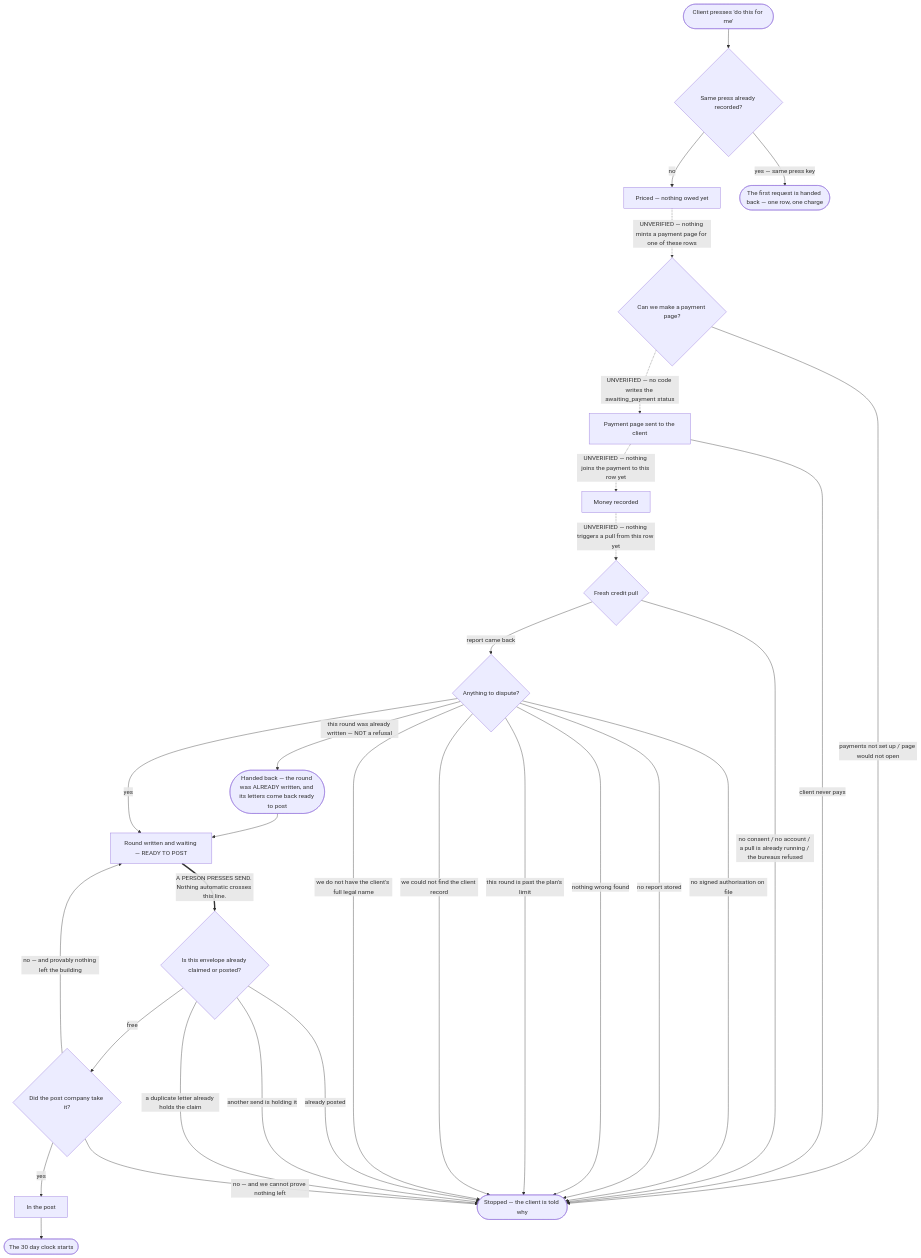
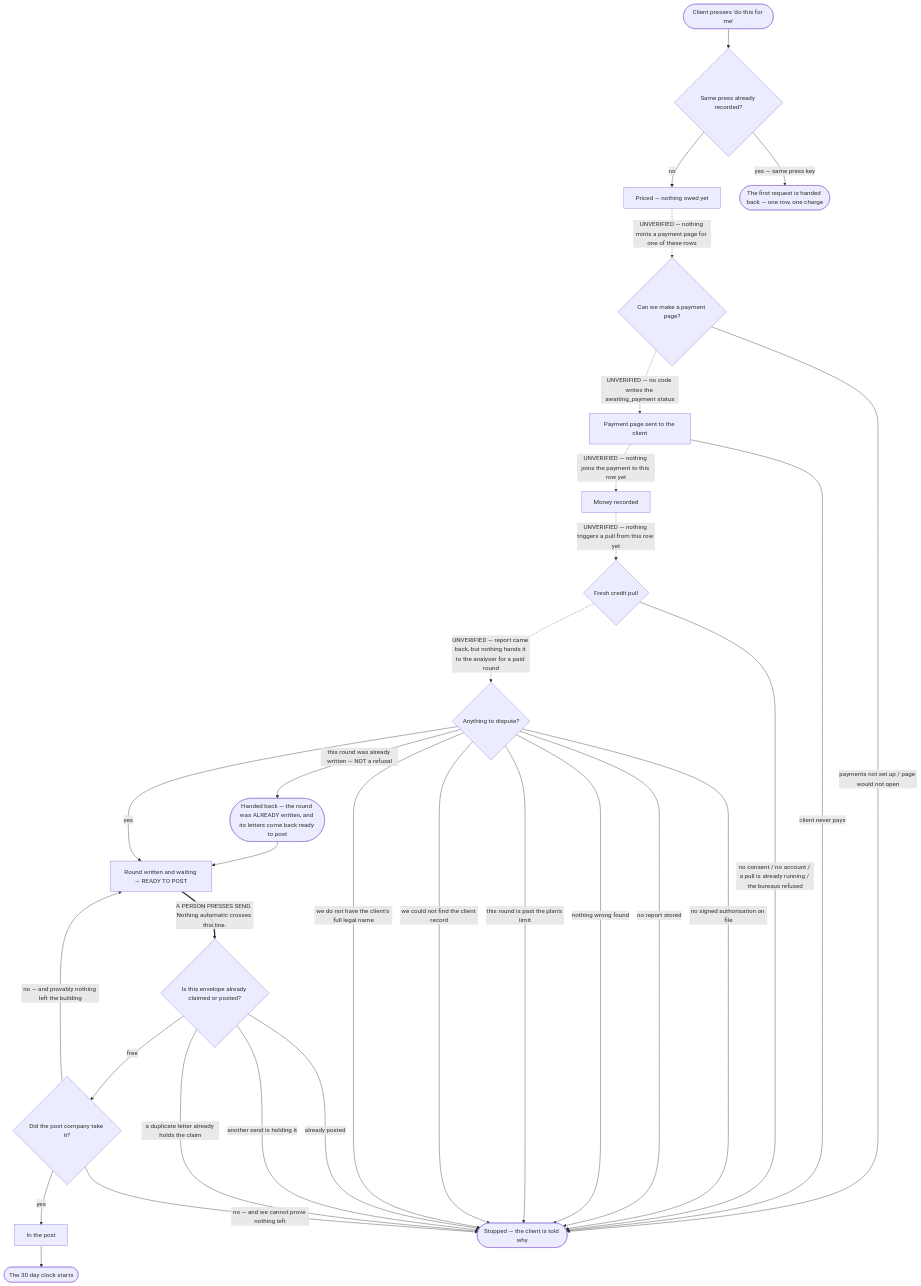
The second of 3 diagrams in docs/journeys/self-serve-round-flow.md (ZootimusMaximusSupreme/Fundhub_ai), drawn with Mermaid before and after one commit. The commit also changed 1 other file, not shown here.

Commit message:
Make both pages' dashed-arrow conventions match what is drawn
Two internal inconsistencies a reader would have hit:

client-progress-flow.md said "dashed arrows are the ones nothing fires", but
one dashed arrow — "we cannot tell" into intake — is a note about an answer
that must never become a stage, not a transition nothing fires. The convention
now says so and names the count of real UNVERIFIED arrows as five.

self-serve-round-flow.md drew four dashed steps while section 7 listed five.
The fifth, fresh pull -> the analyser, was drawn solid even though the page
already said nothing hands a paid round's pull to the analyser
(src/workflows/c-00-crs-soft-pull-request.mjs:125-134 returns its result and
nothing reads it). It is now dashed. Five dashed edges, five table rows.

lint clean, journeys:check up to date, 7 mermaid blocks structurally clean.

````diff
--- a/docs/journeys/self-serve-round-flow.md
+++ b/docs/journeys/self-serve-round-flow.md
@@ -49,53 +49,53 @@
 ```mermaid
 flowchart TD
     PRESS(["Client presses 'do this for me'"])
 
     DUP{"Same press already recorded?"}
     QUOTED["Priced — nothing owed yet"]
     LINK{"Can we make a payment page?"}
     AWAIT["Payment page sent to the client"]
     PAID["Money recorded"]
     PULL{"Fresh credit pull"}
     ANALYSE{"Anything to dispute?"}
     STAGED["Round written and waiting — READY TO POST"]
     CLAIM{"Is this envelope already claimed or posted?"}
     MAIL{"Did the post company take it?"}
     POSTED["In the post"]
     CLOCK(["The 30 day clock starts"])
 
     FAILED(["Stopped — the client is told why"])
     SAMEROW(["The first request is handed back — one row, one charge"])
     HANDBACK(["Handed back — the round was ALREADY written, and its letters come back ready to post"])
 
     PRESS --> DUP
     DUP -->|"yes — same press key"| SAMEROW
     DUP -->|"no"| QUOTED
     QUOTED -.->|"UNVERIFIED — nothing mints a payment page for one of these rows"| LINK
     LINK -->|"payments not set up / page would not open"| FAILED
     LINK -.->|"UNVERIFIED — no code writes the awaiting_payment status"| AWAIT
     AWAIT -.->|"UNVERIFIED — nothing joins the payment to this row yet"| PAID
     AWAIT -->|"client never pays"| FAILED
     PAID -.->|"UNVERIFIED — nothing triggers a pull from this row yet"| PULL
     PULL -->|"no consent / no account / a pull is already running / the bureaus refused"| FAILED
-    PULL -->|"report came back"| ANALYSE
+    PULL -.->|"UNVERIFIED — report came back, but nothing hands it to the analyser for a paid round"| ANALYSE
     ANALYSE -->|"no signed authorisation on file"| FAILED
     ANALYSE -->|"no report stored"| FAILED
     ANALYSE -->|"nothing wrong found"| FAILED
     ANALYSE -->|"this round is past the plan's limit"| FAILED
     ANALYSE -->|"we could not find the client record"| FAILED
     ANALYSE -->|"we do not have the client's full legal name"| FAILED
     ANALYSE -->|"this round was already written — NOT a refusal"| HANDBACK
     HANDBACK --> STAGED
     ANALYSE -->|"yes"| STAGED
 
     STAGED ==>|"A PERSON PRESSES SEND. Nothing automatic crosses this line."| CLAIM
 
     CLAIM -->|"already posted"| FAILED
     CLAIM -->|"another send is holding it"| FAILED
     CLAIM -->|"a duplicate letter already holds the claim"| FAILED
     CLAIM -->|"free"| MAIL
     MAIL -->|"no — and provably nothing left the building"| STAGED
     MAIL -->|"no — and we cannot prove nothing left"| FAILED
     MAIL -->|"yes"| POSTED
     POSTED --> CLOCK
 ```
````
